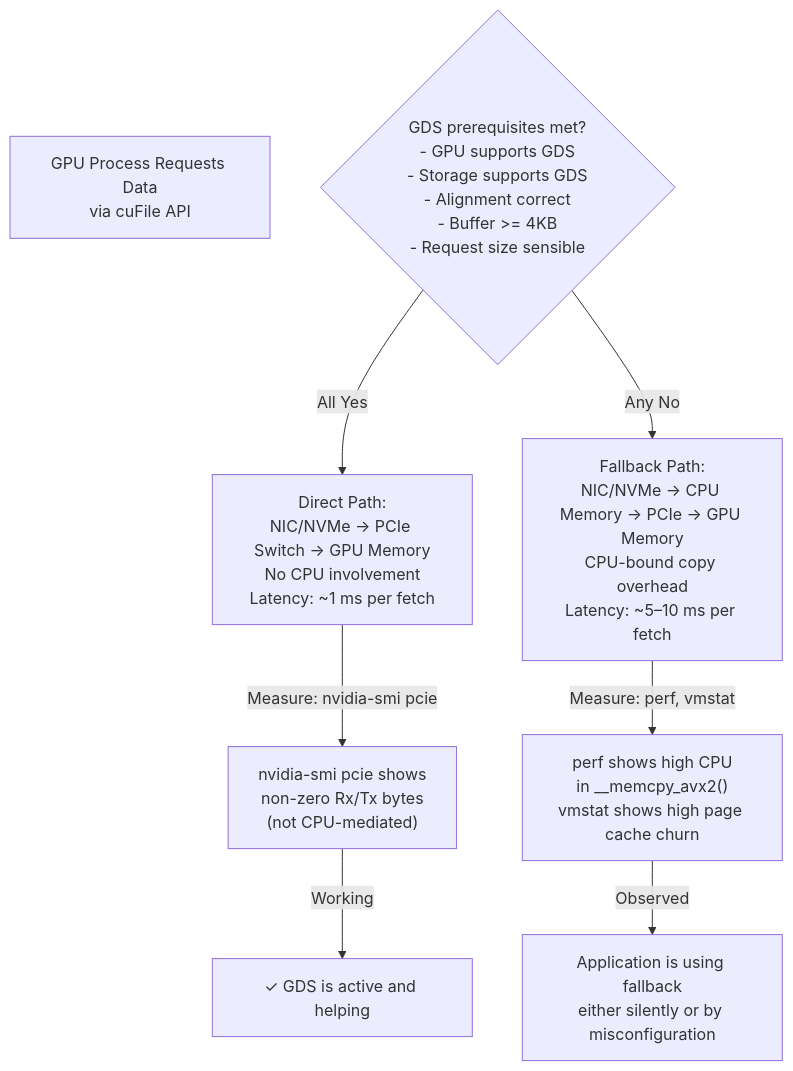
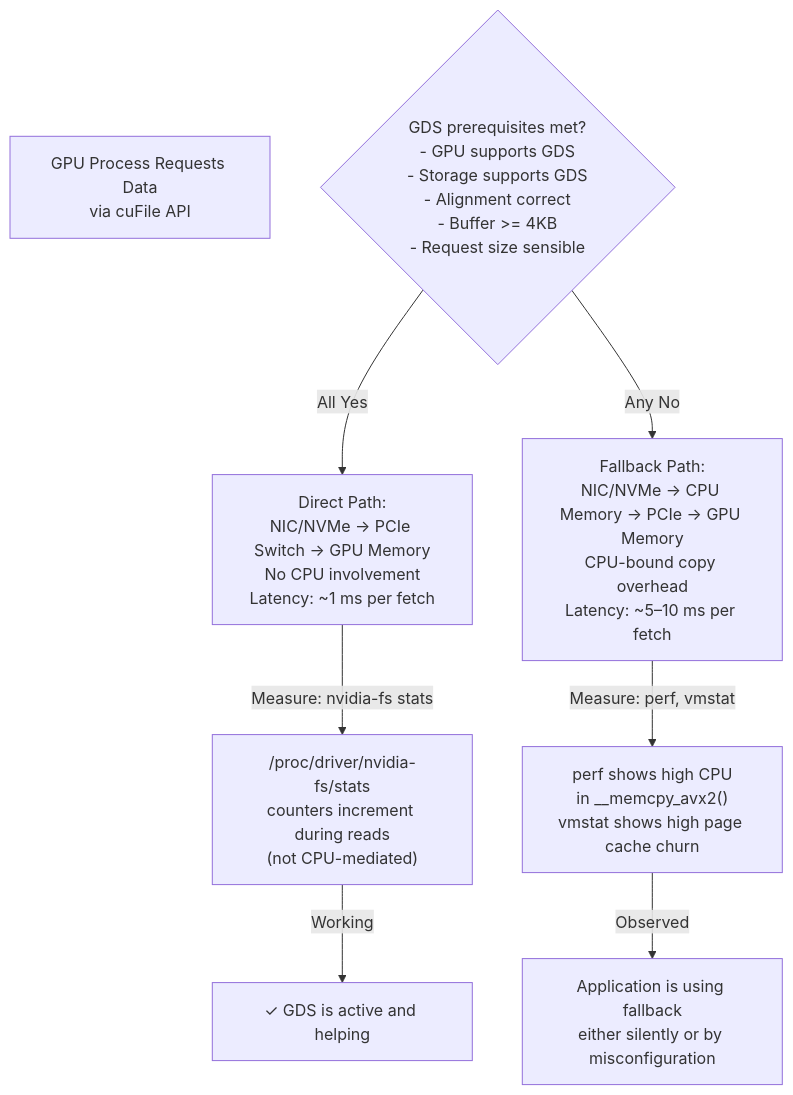
One commit to jithinpnjm/nvidia-devops changed the first of 2 diagrams in docs/nvidia-zero-to-hero/volume-15/chapter-04-gpudirect-storage-architecture.md. Above: the diagram before and after it, drawn with Mermaid. The commit also changed other lines of this file and 289 other files, not shown here.

````diff
--- a/docs/nvidia-zero-to-hero/volume-15/chapter-04-gpudirect-storage-architecture.md
+++ b/docs/nvidia-zero-to-hero/volume-15/chapter-04-gpudirect-storage-architecture.md
@@ -66,15 +66,15 @@
 ```mermaid
 flowchart TD
     GPU["GPU Process Requests Data<br/>via cuFile API"]
     
     Query1{GDS prerequisites met?<br/>- GPU supports GDS<br/>- Storage supports GDS<br/>- Alignment correct<br/>- Buffer >= 4KB<br/>- Request size sensible}
     
     Query1 -->|All Yes| Direct["Direct Path:<br/>NIC/NVMe → PCIe Switch → GPU Memory<br/>No CPU involvement<br/>Latency: ~1 ms per fetch"]
     Query1 -->|Any No| Fallback["Fallback Path:<br/>NIC/NVMe → CPU Memory → PCIe → GPU Memory<br/>CPU-bound copy overhead<br/>Latency: ~5–10 ms per fetch"]
     
-    Direct -->|Measure: nvidia-smi pcie| DirectMetrics["nvidia-smi pcie shows<br/>non-zero Rx/Tx bytes<br/>(not CPU-mediated)"]
+    Direct -->|Measure: nvidia-fs stats| DirectMetrics["/proc/driver/nvidia-fs/stats<br/>counters increment during reads<br/>(not CPU-mediated)"]
     Fallback -->|Measure: perf, vmstat| FallbackMetrics["perf shows high CPU<br/>in __memcpy_avx2()<br/>vmstat shows high page cache churn"]
     
     DirectMetrics -->|Working| Success["✓ GDS is active and helping"]
     FallbackMetrics -->|Observed| Check["Application is using fallback<br/>either silently or by misconfiguration"]
 ```
````
